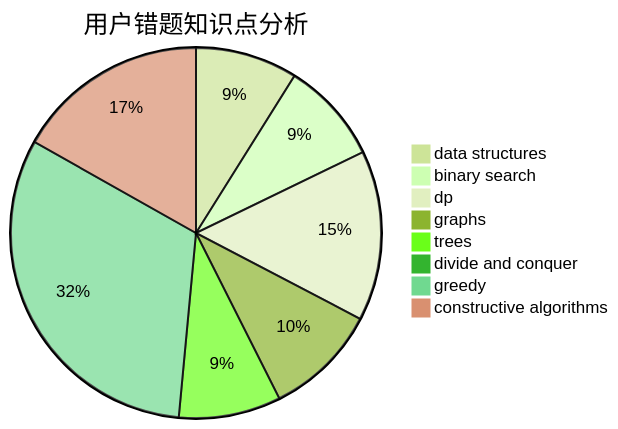
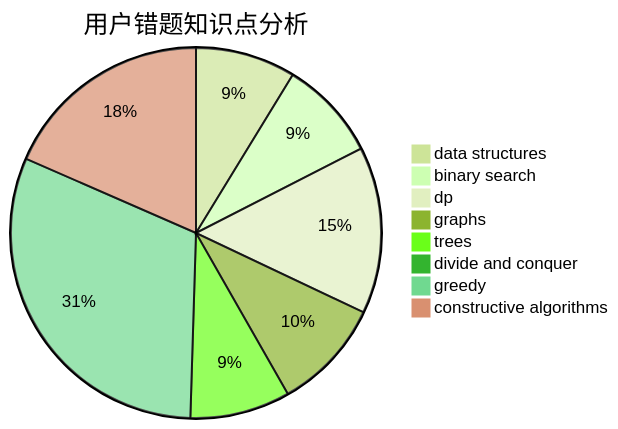
One commit to sherpahu/cfrs.github.io changed the third of 3 diagrams in docs/user/u68.md. Above: the diagram before and after it, drawn with Mermaid (forest theme). The commit also changed other lines of this file and 2770 other files, not shown here.

````diff
--- a/docs/user/u68.md
+++ b/docs/user/u68.md
@@ -36,11 +36,11 @@
 ```mermaid
 pie title 用户错题知识点分析
     "data structures" :  9
     "binary search" :  9
     "dp" :  15
     "graphs" :  10
     "trees" :  9
     "divide and conquer" :  0
     "greedy" :  32
-    "constructive algorithms" :  17
+    "constructive algorithms" :  19
 ```
````
